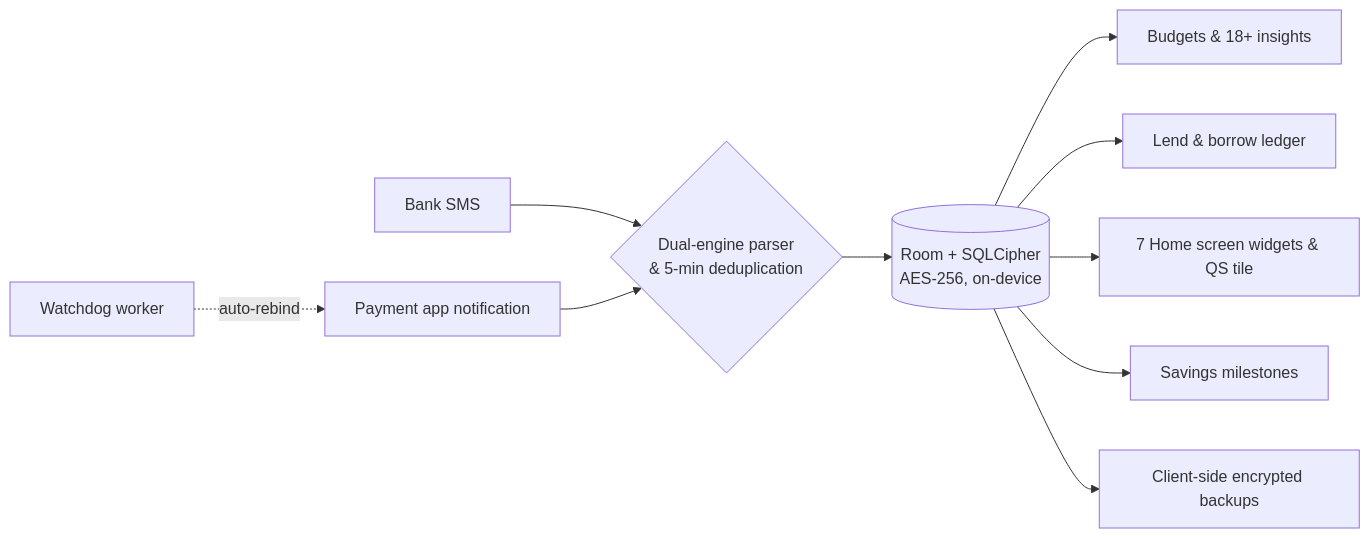
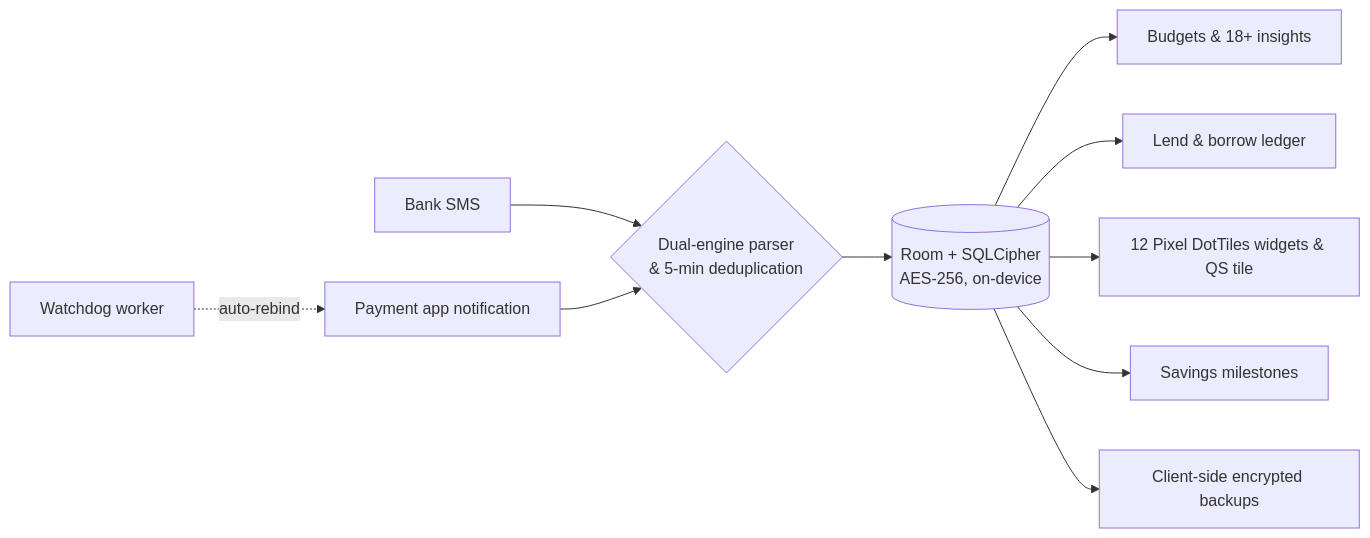
Before and after one commit to omkarnub/Kanri: the diagram in README.md, drawn with Mermaid. The commit also changed other lines of this file and 93 other files, not shown here.

Commit message:
feat: rebuild Kanri widget system as single Pixel DotTiles design system

````diff
--- a/README.md
+++ b/README.md
@@ -130,12 +130,12 @@
 ```mermaid
 flowchart LR
     A[Bank SMS] --> C{Dual-engine parser<br/>& 5-min deduplication}
     B[Payment app notification] --> C
     W[Watchdog worker] -. auto-rebind .-> B
     C --> D[(Room + SQLCipher<br/>AES-256, on-device)]
     D --> E[Budgets & 18+ insights]
     D --> F[Lend & borrow ledger]
-    D --> G[7 Home screen widgets & QS tile]
+    D --> G[12 Pixel DotTiles widgets & QS tile]
     D --> H[Savings milestones]
     D --> I[Client-side encrypted backups]
 ```
````
